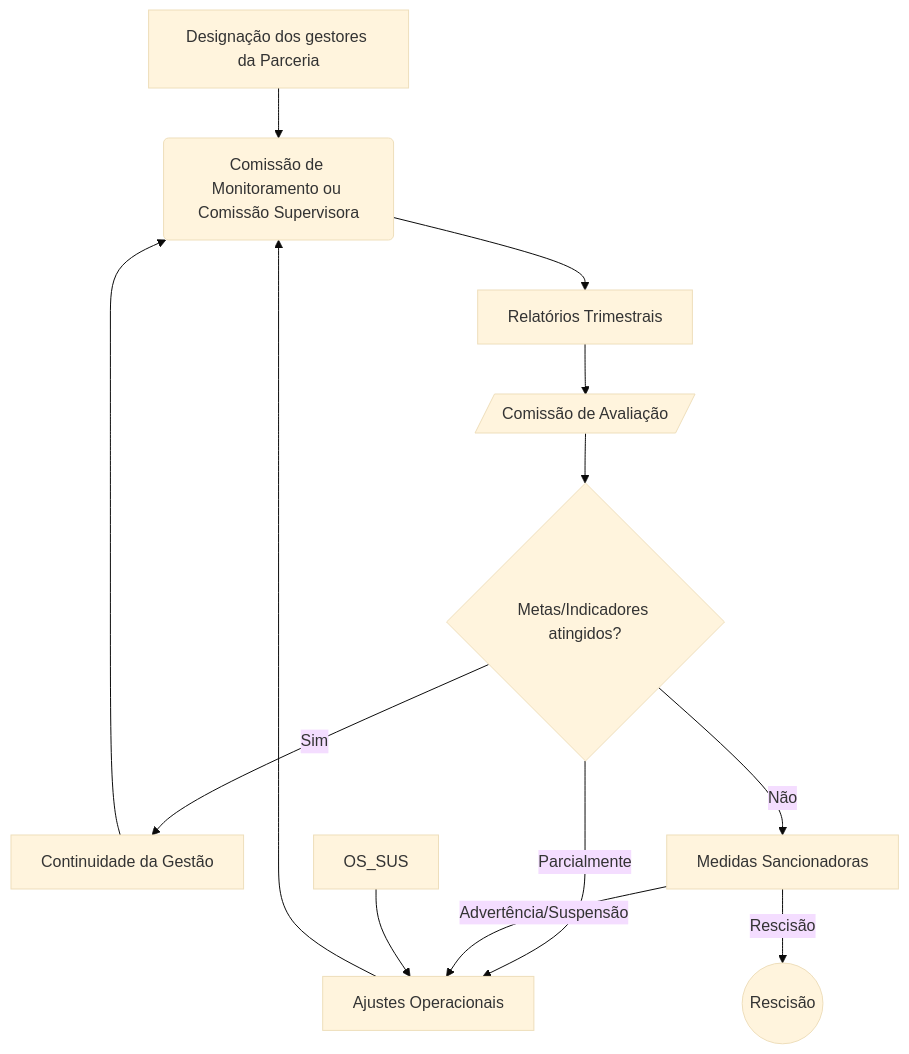
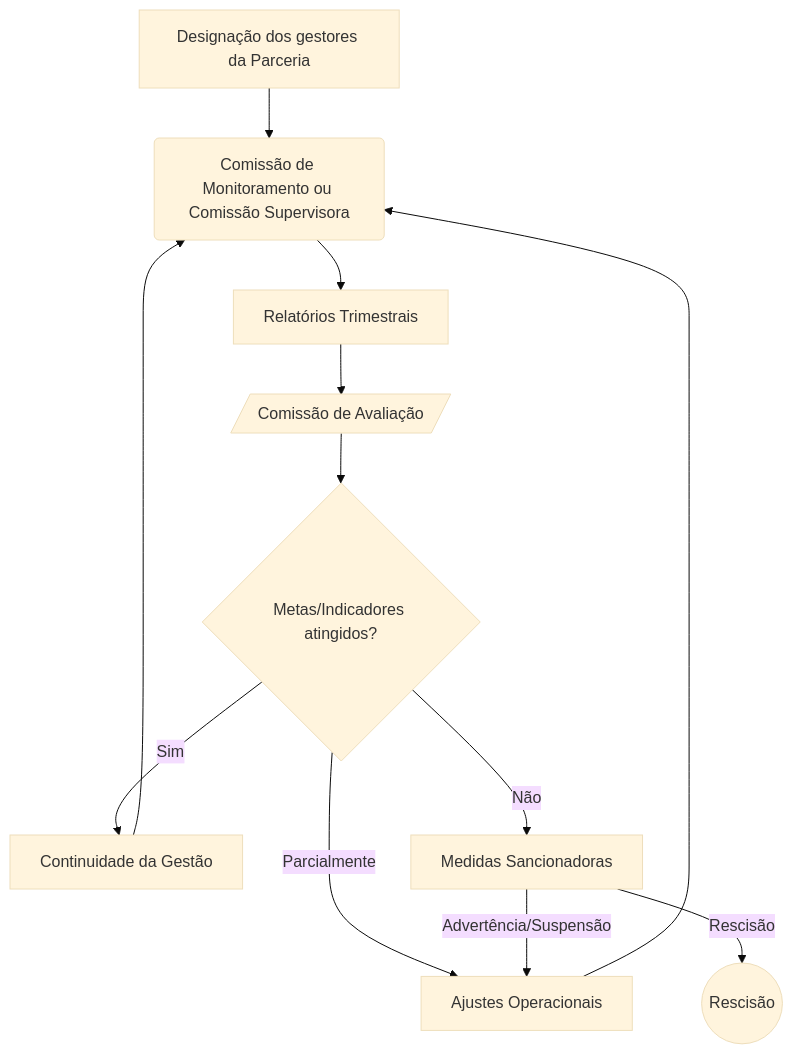
One commit to iepha-mg/manual.appi changed the diagram in paginas/marcos_regulatorios/descentralizacao/README.md. Above: the diagram before and after it, drawn with Mermaid (base theme).

```diff
--- a/paginas/marcos_regulatorios/descentralizacao/README.md
+++ b/paginas/marcos_regulatorios/descentralizacao/README.md
@@ -99,24 +99,23 @@
 <div class="mermaid">
 flowchart TB
     OS_GESTORES@{ shape: rect, label: "Designação dos gestores da Parceria" }
     OS_COM_MON@{ shape: rounded, label: "Comissão de Monitoramento ou Comissão Supervisora" }
     OS_REL@{ shape: rect, label: "Relatórios Trimestrais" }
     OS_COM_AV@{ shape: lean-r, label: "Comissão de Avaliação" }
     OS_META@{ shape: diamond, label: "Metas/Indicadores atingidos?" }
     OS_CONT@{ shape: rect, label: "Continuidade da Gestão" }
     OS_SAN@{ shape: rect, label: "Medidas Sancionadoras" }
     OS_ADJ@{ shape: rect, label: "Ajustes Operacionais" }
     OS_RES@{ shape: circle, label: "Rescisão" }
     OS_GESTORES --> OS_COM_MON
     OS_COM_MON --> OS_REL
     OS_REL --> OS_COM_AV
     OS_COM_AV --> OS_META
     OS_META -- Sim --> OS_CONT
     OS_CONT --> OS_COM_MON
     OS_META -- Parcialmente --> OS_ADJ
     OS_ADJ --> OS_COM_MON
     OS_META -- Não --> OS_SAN
     OS_SAN -- Advertência/Suspensão --> OS_ADJ
-    OS_SUS --> OS_ADJ
     OS_SAN -- Rescisão --> OS_RES
 </div>
```
